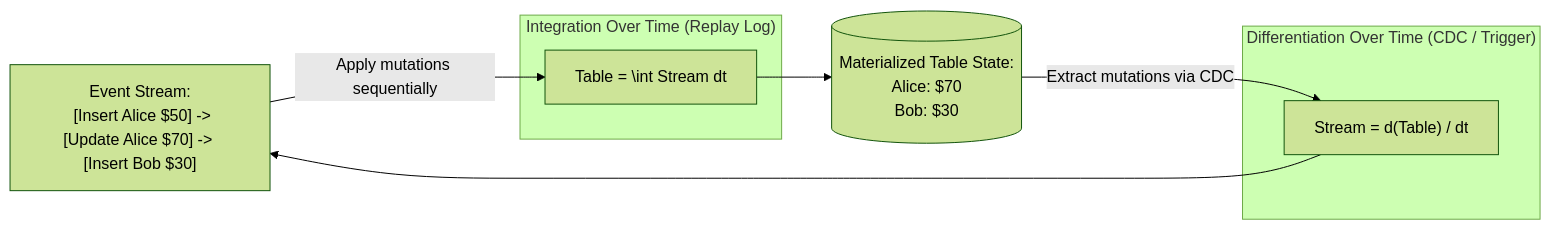
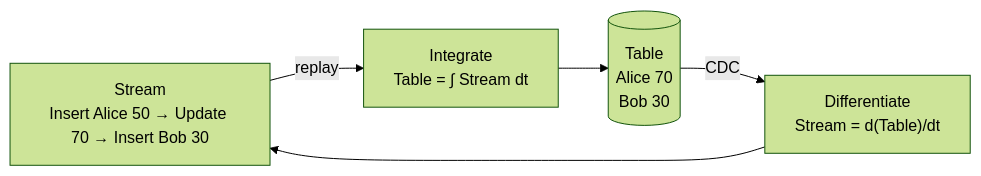
One commit to 1mimhe/books-summery changed the seventh of 8 diagrams in 01 Designing Data-Intensive Applications/chapter-12-stream-processing.md. Above: the diagram before and after it, drawn with Mermaid (forest theme). The commit also changed other lines of this file and 3 other files, not shown here.

````diff
--- a/01 Designing Data-Intensive Applications/chapter-12-stream-processing.md
+++ b/01 Designing Data-Intensive Applications/chapter-12-stream-processing.md
@@ -339,22 +296,11 @@
 ```mermaid
 flowchart LR
-  STREAM["Event Stream:
-  [Insert Alice $50] -> [Update Alice $70] -> [Insert Bob $30]"]
-
-  subgraph INTEGRATION["Integration Over Time (Replay Log)"]
-    INT["Table = \int Stream dt"]
-  end
-
-  subgraph DIFFERENTIATION["Differentiation Over Time (CDC / Trigger)"]
-    DIFF["Stream = d(Table) / dt"]
-  end
-
-  TABLE[("Materialized Table State:
-  Alice: $70
-  Bob:   $30")]
-
-  STREAM -->|"Apply mutations sequentially"| INT
-  INT --> TABLE
-  TABLE -->|"Extract mutations via CDC"| DIFF
+  STREAM["Stream<br/>Insert Alice 50 → Update 70 → Insert Bob 30"]
+  INT["Integrate<br/>Table = ∫ Stream dt"]
+  TBL[("Table<br/>Alice 70<br/>Bob 30")]
+  DIFF["Differentiate<br/>Stream = d(Table)/dt"]
+  STREAM -->|"replay"| INT
+  INT --> TBL
+  TBL -->|"CDC"| DIFF
   DIFF --> STREAM
 ```
````
